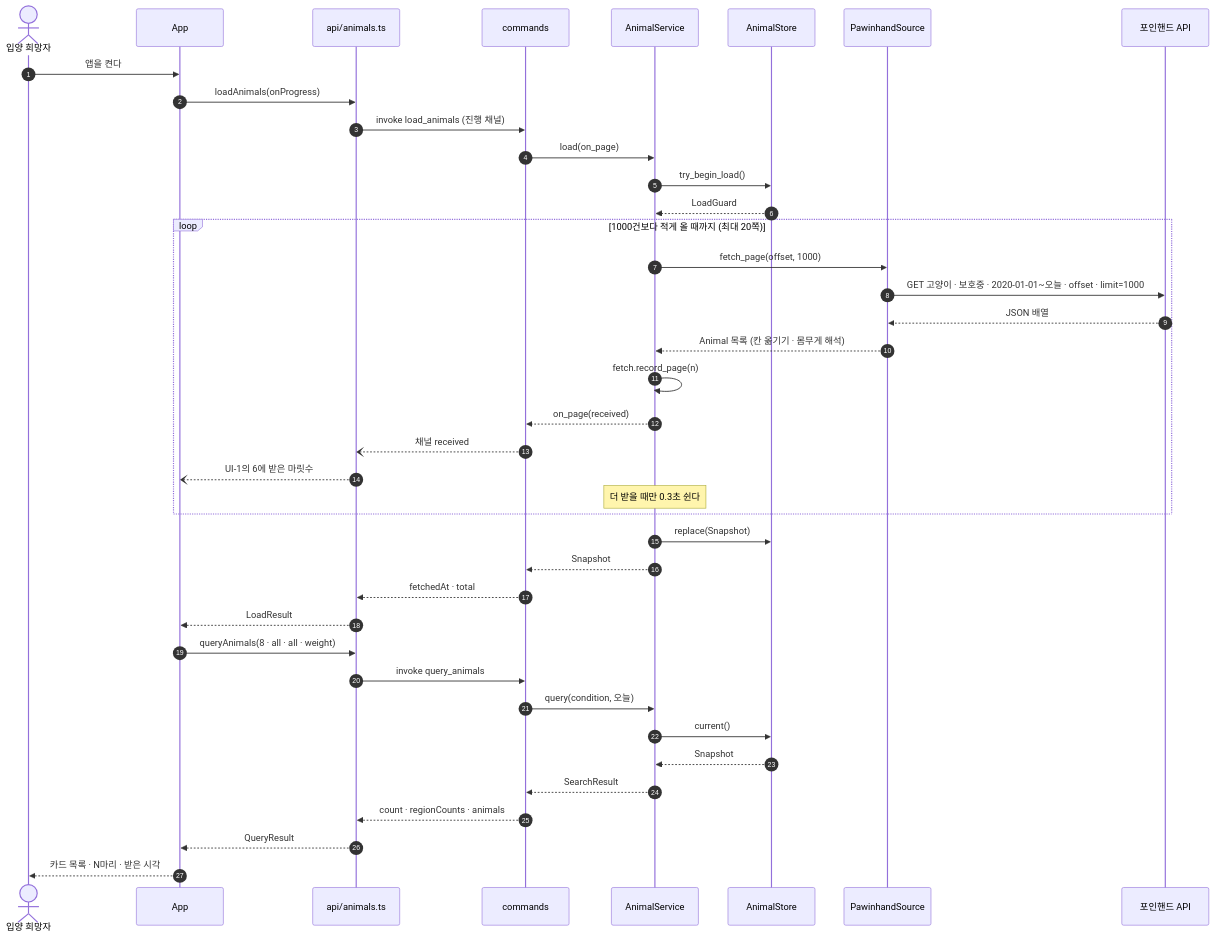
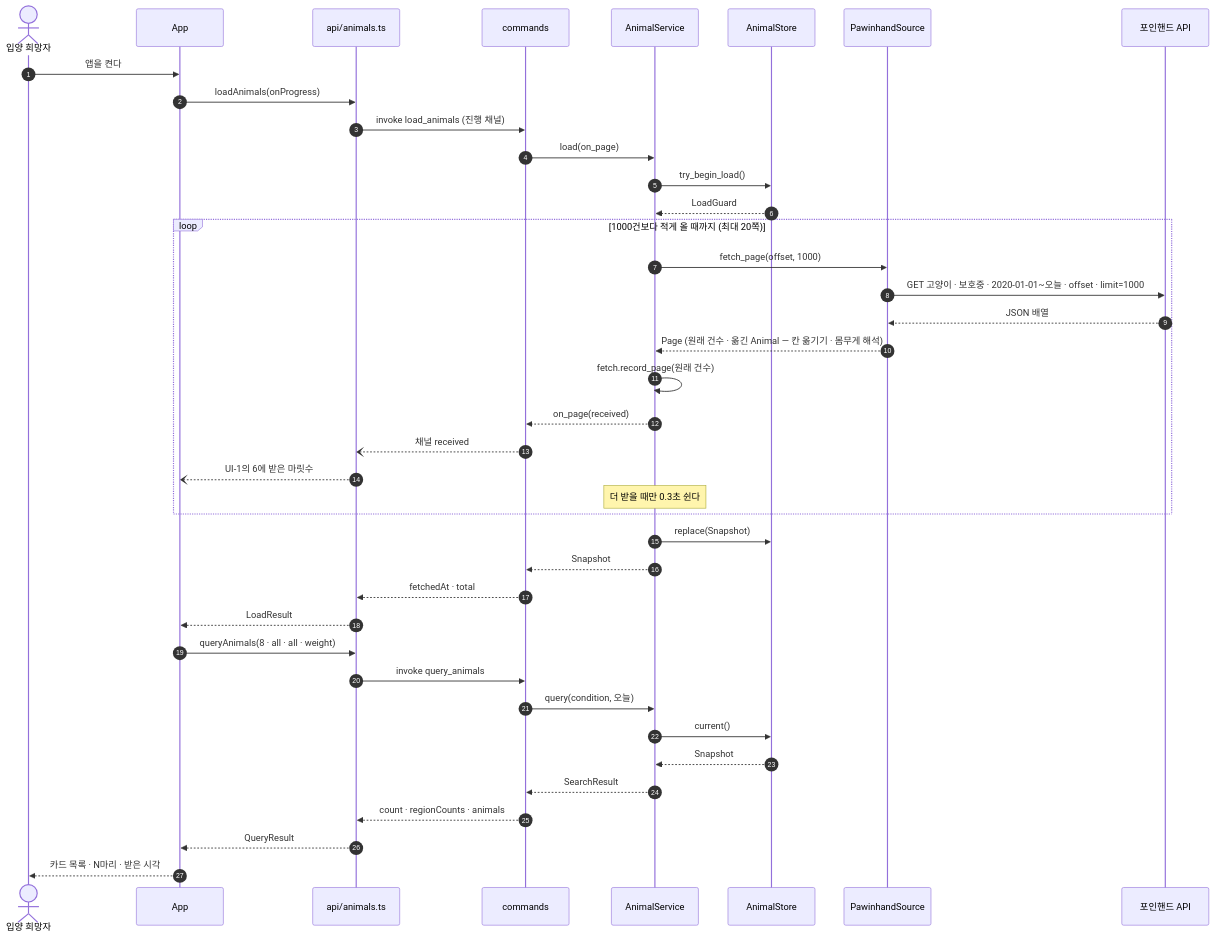
One commit to HoyoungParkme/fourinhand-crawl changed the first of 5 diagrams in docs/specs/09-SEQ/PAW-SEQ-001.md. Above: the diagram before and after it, drawn with Mermaid. The commit also changed other lines of this file, not shown here.

Commit message:
구현에 맞춤: fetch_page가 Page(원래 건수 · 옮긴 Animal)를 돌려주고 record_page는 원래 건수로 센다, busy면 화면이 알리지 않고 1초 뒤 다시 부른다, 배포는 build.ps1(영문 이름·20MB 확인) 뒤 gh release

````diff
--- a/docs/specs/09-SEQ/PAW-SEQ-001.md
+++ b/docs/specs/09-SEQ/PAW-SEQ-001.md
@@ -37,42 +37,42 @@
 ```mermaid
 sequenceDiagram
     autonumber
     actor U as 입양 희망자
     participant APP as App
     participant API as api/animals.ts
     participant CMD as commands
     participant SVC as AnimalService
     participant ST as AnimalStore
     participant PS as PawinhandSource
     participant PAW as 포인핸드 API
     U->>APP: 앱을 켠다
     APP->>API: loadAnimals(onProgress)
     API->>CMD: invoke load_animals (진행 채널)
     CMD->>SVC: load(on_page)
     SVC->>ST: try_begin_load()
     ST-->>SVC: LoadGuard
     loop 1000건보다 적게 올 때까지 (최대 20쪽)
         SVC->>PS: fetch_page(offset, 1000)
         PS->>PAW: GET 고양이 · 보호중 · 2020-01-01~오늘 · offset · limit=1000
         PAW-->>PS: JSON 배열
-        PS-->>SVC: Animal 목록 (칸 옮기기 · 몸무게 해석)
-        SVC->>SVC: fetch.record_page(n)
+        PS-->>SVC: Page (원래 건수 · 옮긴 Animal — 칸 옮기기 · 몸무게 해석)
+        SVC->>SVC: fetch.record_page(원래 건수)
         SVC-->>CMD: on_page(received)
         CMD--)API: 채널 received
         API--)APP: UI-1의 6에 받은 마릿수
         Note over SVC: 더 받을 때만 0.3초 쉰다
     end
     SVC->>ST: replace(Snapshot)
     SVC-->>CMD: Snapshot
     CMD-->>API: fetchedAt · total
     API-->>APP: LoadResult
     APP->>API: queryAnimals(8 · all · all · weight)
     API->>CMD: invoke query_animals
     CMD->>SVC: query(condition, 오늘)
     SVC->>ST: current()
     ST-->>SVC: Snapshot
     SVC-->>CMD: SearchResult
     CMD-->>API: count · regionCounts · animals
     API-->>APP: QueryResult
     APP-->>U: 카드 목록 · N마리 · 받은 시각
 ```
````
